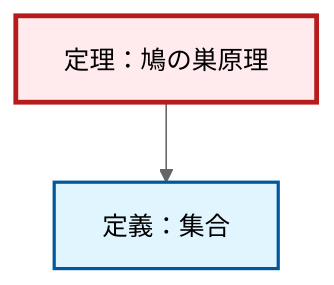
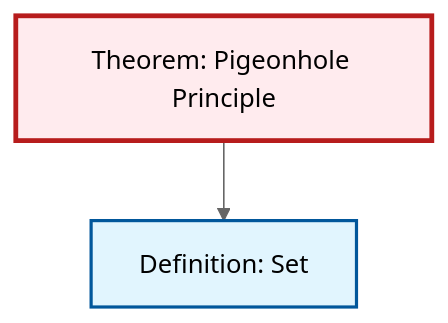
The diagram in content/ja/combinatorics/thm-pigeonhole-principle.qmd (RK0429/ModernMath), drawn with Mermaid (neutral theme) before and after one commit. The commit also changed 203 other files, not shown here.

````diff
--- a/content/ja/combinatorics/thm-pigeonhole-principle.qmd
+++ b/content/ja/combinatorics/thm-pigeonhole-principle.qmd
@@ -58,15 +58,13 @@
 ```{mermaid}
-%%| fig-cap: "ローカル依存グラフ"
+%%| fig-cap: "Local dependency graph"
 graph TD
     classDef definition fill:#e1f5fe,stroke:#01579b,stroke-width:2px
     classDef theorem fill:#f3e5f5,stroke:#4a148c,stroke-width:2px
     classDef axiom fill:#fff3e0,stroke:#e65100,stroke-width:2px
     classDef example fill:#e8f5e9,stroke:#1b5e20,stroke-width:2px
     classDef current fill:#ffebee,stroke:#b71c1c,stroke-width:3px
-    thm-pigeonhole-principle["定理：鳩の巣原理"]:::theorem
-    def-set["定義：集合"]:::definition
+    thm-pigeonhole-principle["Theorem: Pigeonhole Principle"]:::theorem
+    def-set["Definition: Set"]:::definition
     thm-pigeonhole-principle --> def-set
     class thm-pigeonhole-principle current
-
-    click def-set "def-set.html" "Go to 定義：集合"
 ```
````
